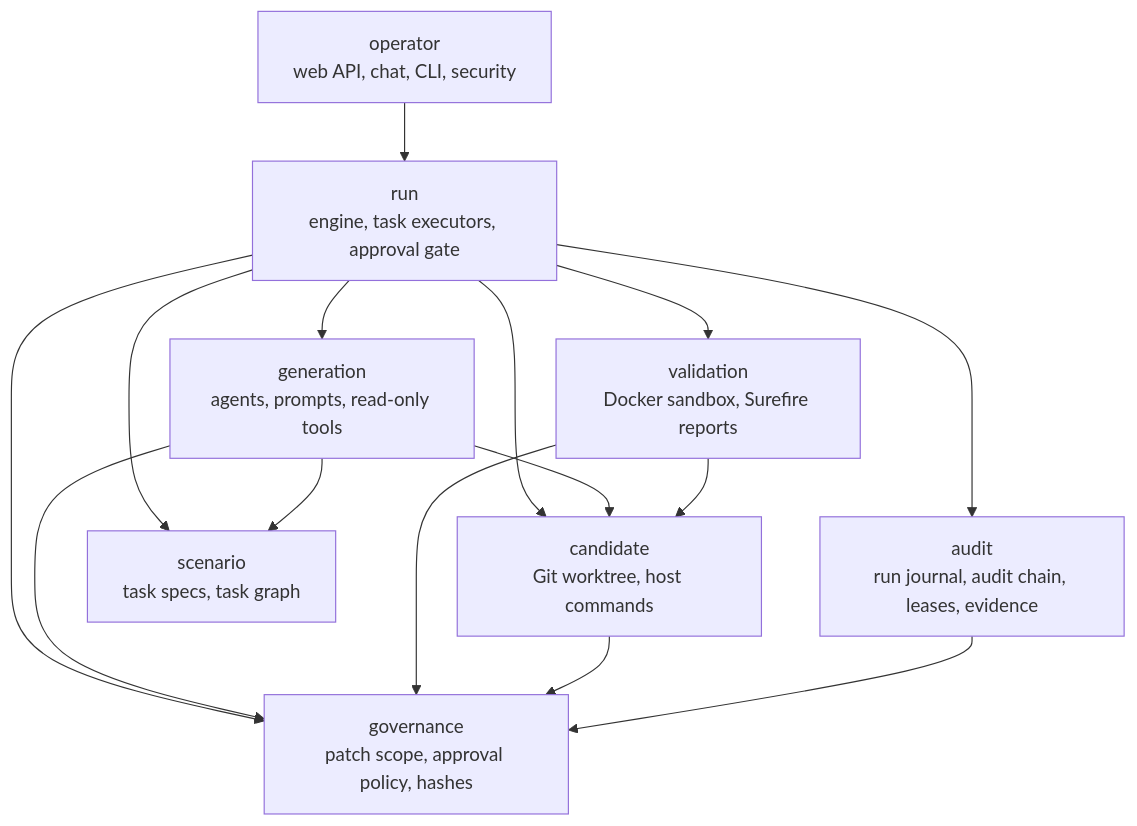
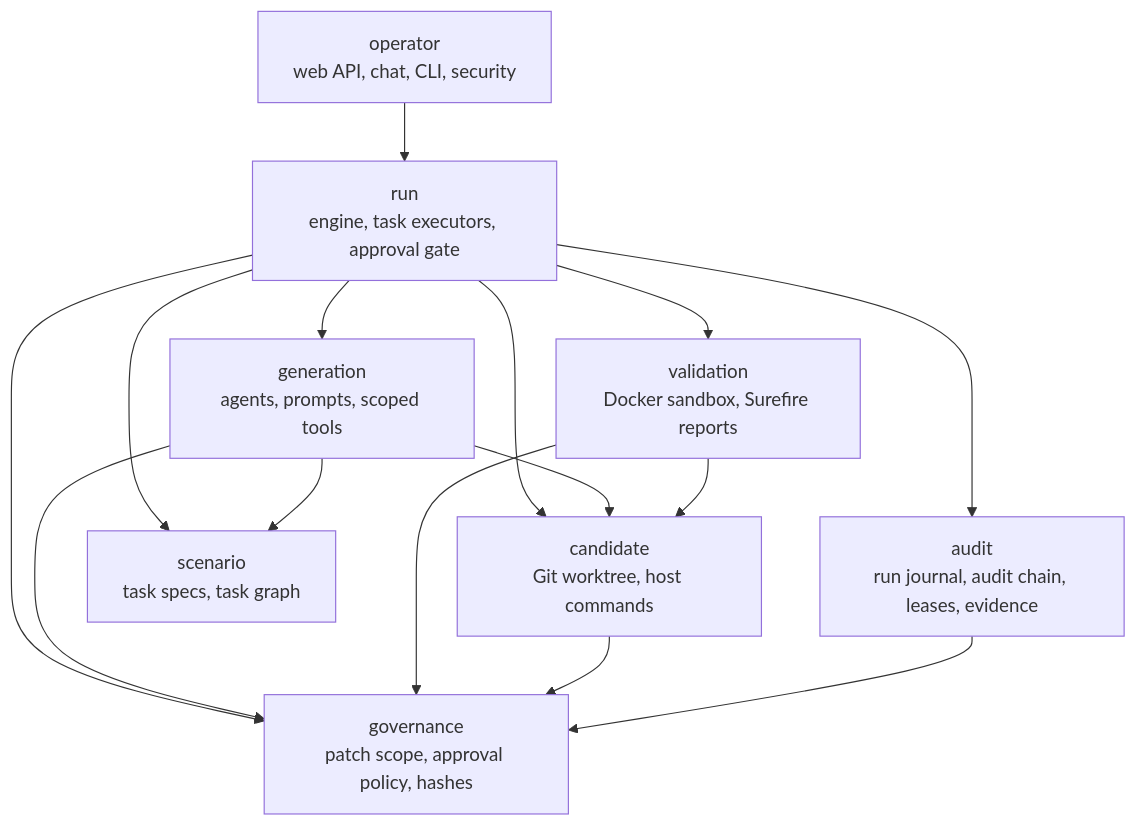
The first of 6 diagrams in docs/02-architecture/factory.md (BigPhilsnr/software-factory), drawn with Mermaid before and after one commit. The commit also changed other lines of this file and 89 other files, not shown here.

````diff
--- a/docs/02-architecture/factory.md
+++ b/docs/02-architecture/factory.md
@@ -9,26 +9,26 @@
 ```mermaid
 flowchart TD
     operator["operator<br/>web API, chat, CLI, security"]
     run["run<br/>engine, task executors, approval gate"]
-    generation["generation<br/>agents, prompts, read-only tools"]
+    generation["generation<br/>agents, prompts, scoped tools"]
     validation["validation<br/>Docker sandbox, Surefire reports"]
     candidate["candidate<br/>Git worktree, host commands"]
     audit["audit<br/>run journal, audit chain, leases, evidence"]
     scenario["scenario<br/>task specs, task graph"]
     governance["governance<br/>patch scope, approval policy, hashes"]
 
     operator --> run
     run --> generation
     run --> validation
     run --> candidate
     run --> audit
     run --> scenario
     run --> governance
     generation --> scenario
     generation --> candidate
     generation --> governance
     validation --> candidate
     validation --> governance
     candidate --> governance
     audit --> governance
 ```
````
